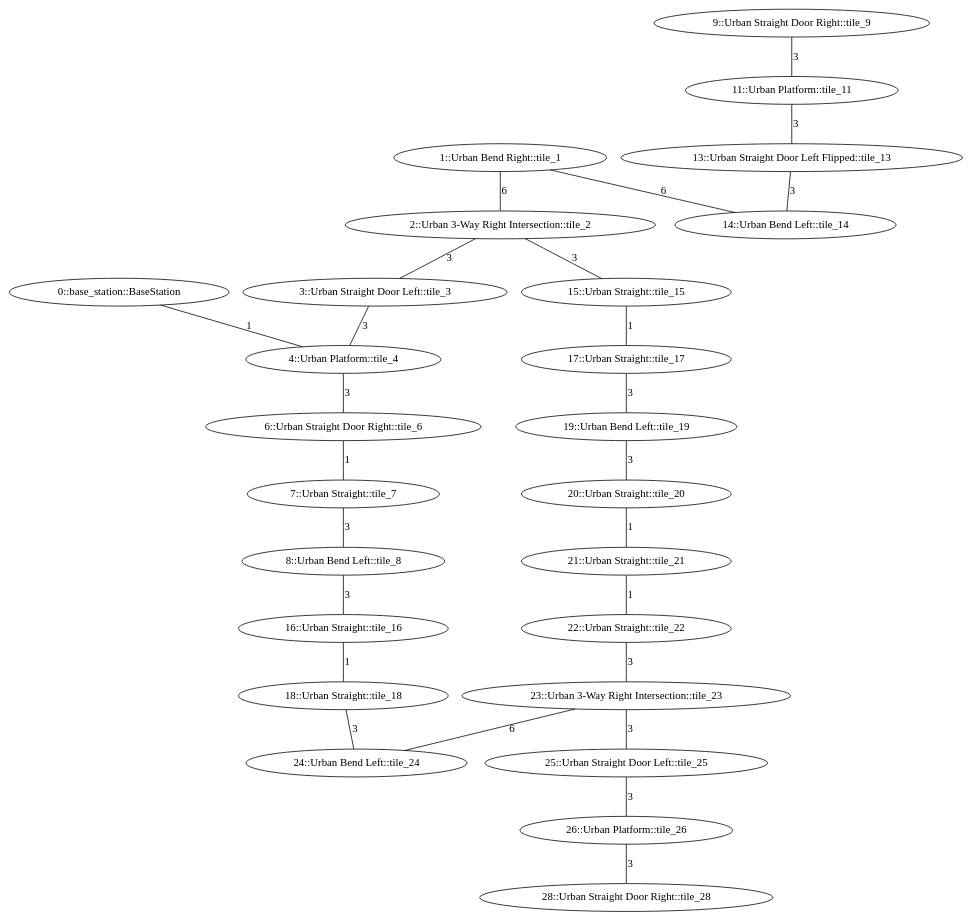
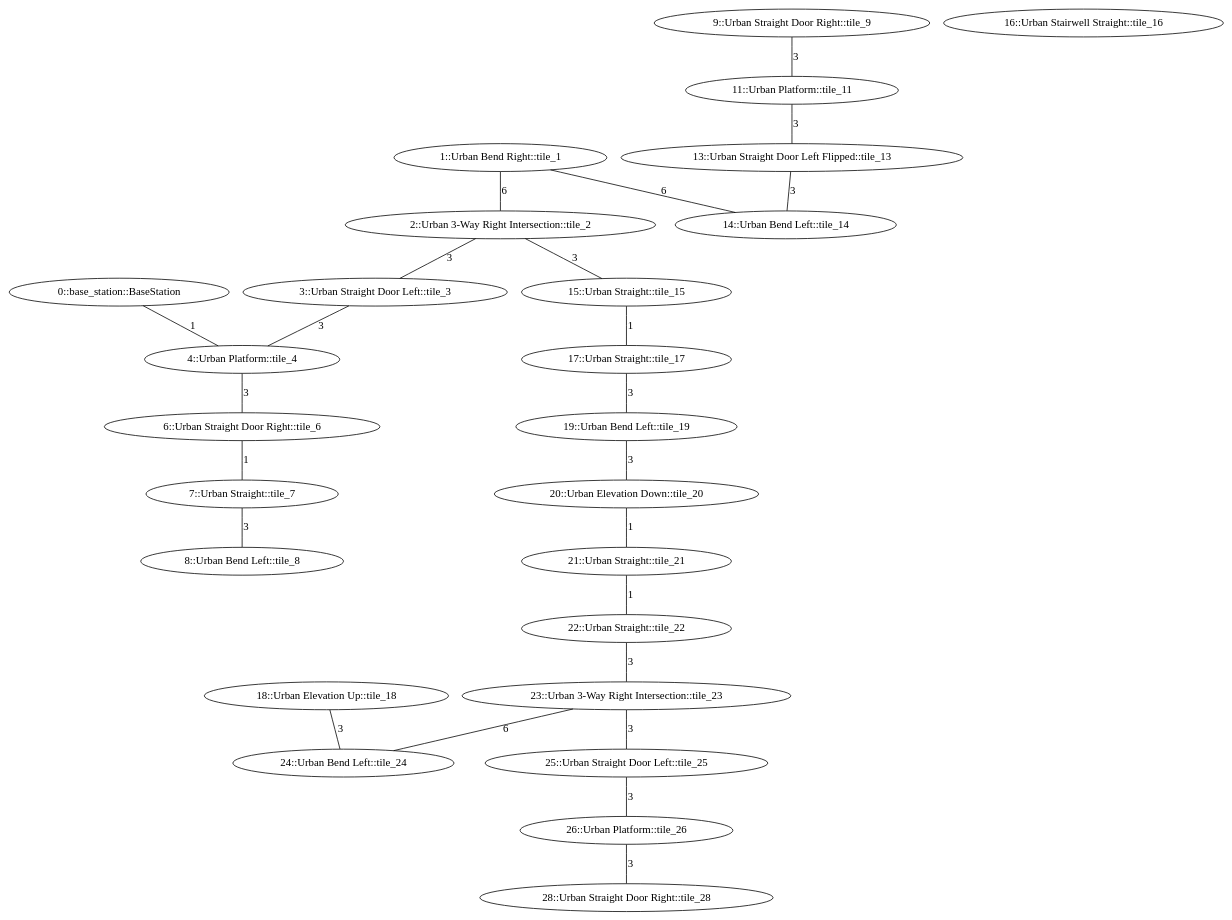
One commit to osrf/subt changed the diagram in subt_ign/worlds/simple_urban_02.dot. Above: the diagram before and after it, drawn with Graphviz. The commit also changed 2 other files, not shown here.

Commit message:
Update simple urban 2

```diff
--- a/subt_ign/worlds/simple_urban_02.dot
+++ b/subt_ign/worlds/simple_urban_02.dot
@@ -1,64 +1,62 @@
 /* Visibility graph for simple_urban_02.tsv */
 /* Generated with the tile_tsv.py script: */
 /*   tile_tsv.py simple_urban_02.tsv -\-graph-file simple_urban_02.dot -\-world-file simple_urban_02.sdf -\-world-name simple_urban_02 -\-scale_x 40 -\-scale_y 40 -\-urban -\-x0 -280 -\-y0 32 */
 
 graph {
   /* ==== Vertices ==== */
 
   /* Base station / Staging area */
   0   [label="0::base_station::BaseStation"];
 
   1   [label="1::Urban Bend Right::tile_1"];
   2   [label="2::Urban 3-Way Right Intersection::tile_2"];
   3   [label="3::Urban Straight Door Left::tile_3"];
   4   [label="4::Urban Platform::tile_4"];
   6   [label="6::Urban Straight Door Right::tile_6"];
   7   [label="7::Urban Straight::tile_7"];
   8   [label="8::Urban Bend Left::tile_8"];
   9   [label="9::Urban Straight Door Right::tile_9"];
   11  [label="11::Urban Platform::tile_11"];
   13  [label="13::Urban Straight Door Left Flipped::tile_13"];
   14  [label="14::Urban Bend Left::tile_14"];
   15  [label="15::Urban Straight::tile_15"];
-  16  [label="16::Urban Straight::tile_16"];
+  16  [label="16::Urban Stairwell Straight::tile_16"];
   17  [label="17::Urban Straight::tile_17"];
-  18  [label="18::Urban Straight::tile_18"];
+  18  [label="18::Urban Elevation Up::tile_18"];
   19  [label="19::Urban Bend Left::tile_19"];
-  20  [label="20::Urban Straight::tile_20"];
+  20  [label="20::Urban Elevation Down::tile_20"];
   21  [label="21::Urban Straight::tile_21"];
   22  [label="22::Urban Straight::tile_22"];
   23  [label="23::Urban 3-Way Right Intersection::tile_23"];
   24  [label="24::Urban Bend Left::tile_24"];
   25  [label="25::Urban Straight Door Left::tile_25"];
   26  [label="26::Urban Platform::tile_26"];
   28  [label="28::Urban Straight Door Right::tile_28"];
 
   /* ==== Edges ==== */
 
   /* Base station */
   0  -- 4   [label=1];
-  1  -- 2   [label=6];
+  1  -- 2   [label=6];  /* Intersection */
   1  -- 14  [label=6];
   2  -- 3   [label=3];  /* Intersection */
   2  -- 15  [label=3];  /* Intersection */
   3  -- 4   [label=3];
   4  -- 6   [label=3];
   6  -- 7   [label=1];
   7  -- 8   [label=3];
-  8  -- 16  [label=3];
   9  -- 11  [label=3];
   11 -- 13  [label=3];
   13 -- 14  [label=3];
   15 -- 17  [label=1];
-  16 -- 18  [label=1];
   17 -- 19  [label=3];
   18 -- 24  [label=3];
   19 -- 20  [label=3];
   20 -- 21  [label=1];
   21 -- 22  [label=1];
-  22 -- 23  [label=3];
+  22 -- 23  [label=3];  /* Intersection */
   23 -- 24  [label=6];  /* Intersection */
   23 -- 25  [label=3];  /* Intersection */
   25 -- 26  [label=3];
   26 -- 28  [label=3];
 }
```
